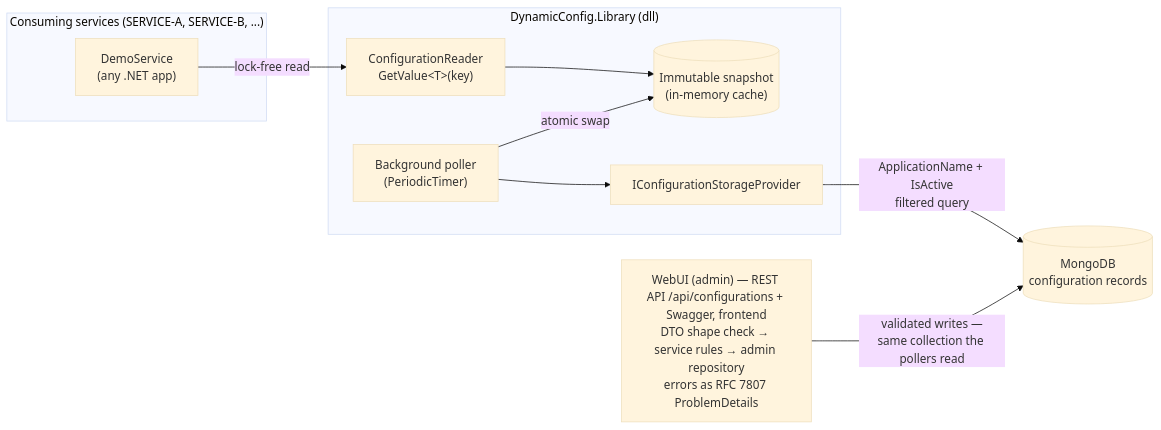
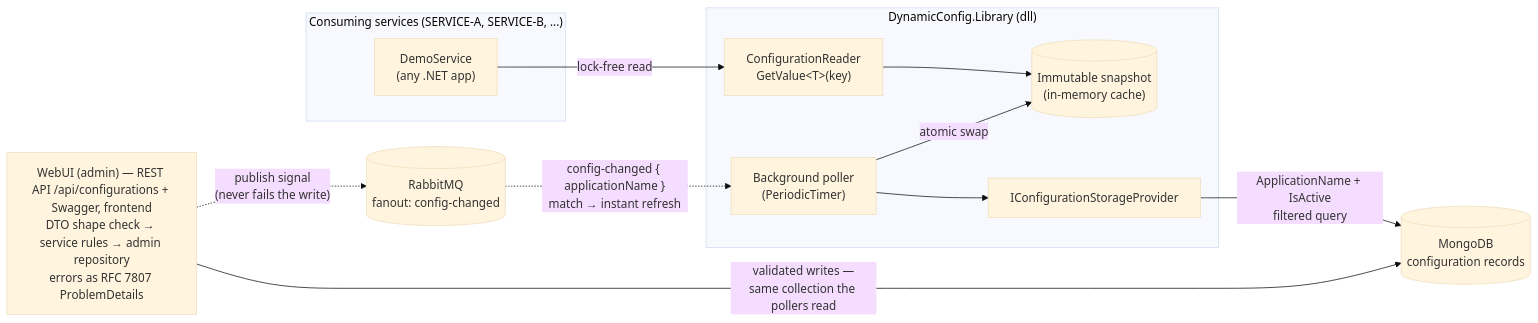
Before and after one commit to nuri35/dynamic-config-net: the diagram in README.md, drawn with Mermaid (base theme). The commit also changed other lines of this file and 4 other files, not shown here.

First line of the commit message:
docs(phase-5): ratify broker architecture (ADR 0005) - no code

````diff
--- a/README.md
+++ b/README.md
@@ -17,23 +17,26 @@
 ```mermaid
 flowchart LR
     subgraph consumers["Consuming services (SERVICE-A, SERVICE-B, ...)"]
         APP["DemoService<br/>(any .NET app)"]
     end
 
     subgraph lib["DynamicConfig.Library (dll)"]
         CR["ConfigurationReader<br/>GetValue&lt;T&gt;(key)"]
         SNAP[("Immutable snapshot<br/>(in-memory cache)")]
         POLL["Background poller<br/>(PeriodicTimer)"]
         PROV["IConfigurationStorageProvider"]
     end
 
     MONGO[("MongoDB<br/>configuration records")]
+    MQ[("RabbitMQ<br/>fanout: config-changed")]
     UI["WebUI (admin) — REST API /api/configurations + Swagger, frontend<br/>DTO shape check → service rules → admin repository<br/>errors as RFC 7807 ProblemDetails"]
 
     APP -- "lock-free read" --> CR
     CR --> SNAP
     POLL -- "atomic swap" --> SNAP
     POLL --> PROV
     PROV -- "ApplicationName + IsActive<br/>filtered query" --> MONGO
     UI -- "validated writes —<br/>same collection the pollers read" --> MONGO
+    UI -. "publish signal<br/>(never fails the write)" .-> MQ
+    MQ -. "config-changed { applicationName }<br/>match → instant refresh" .-> POLL
 ```
````
